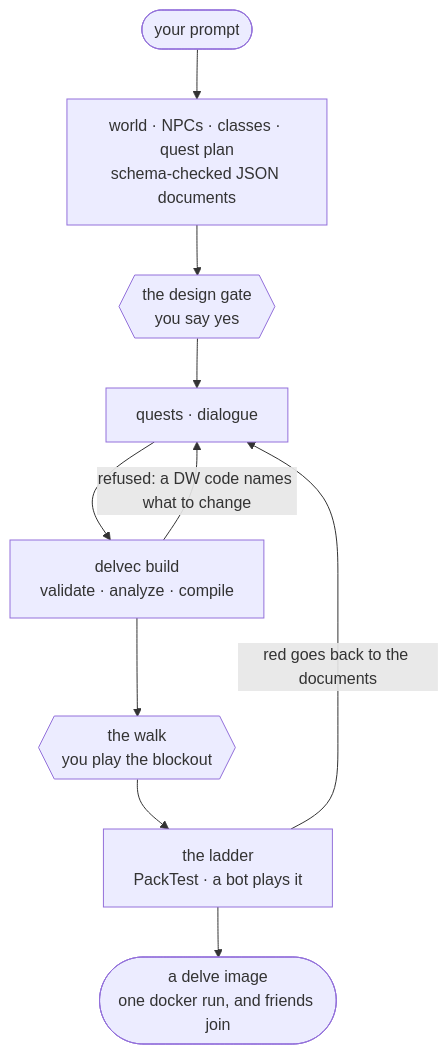
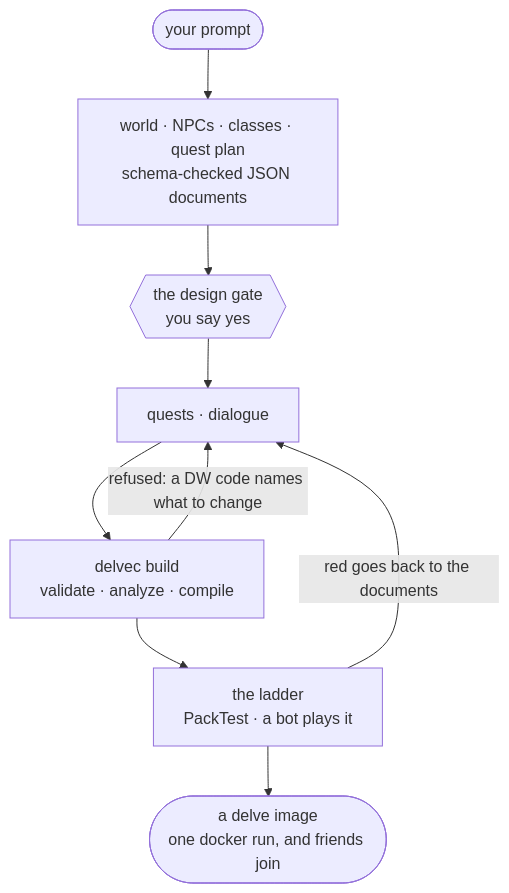
Before and after one commit to stellarfeline/delvewright: the diagram in README.md, drawn with Mermaid. The commit also changed other lines of this file and 27 other files, not shown here.

````diff
--- a/README.md
+++ b/README.md
@@ -29,12 +29,11 @@
 ```mermaid
 flowchart TD
     P(["your prompt"]) --> S["world · NPCs · classes · quest plan<br/>schema-checked JSON documents"]
     S --> G{{"the design gate<br/>you say yes"}}
     G --> Q["quests · dialogue"]
     Q --> B["delvec build<br/>validate · analyze · compile"]
     B -->|"refused: a DW code names what to change"| Q
-    B --> W{{"the walk<br/>you play the blockout"}}
-    W --> L["the ladder<br/>PackTest · a bot plays it"]
+    B --> L["the ladder<br/>PackTest · a bot plays it"]
     L -->|"red goes back to the documents"| Q
     L --> I(["a delve image<br/>one docker run, and friends join"])
 ```
````
